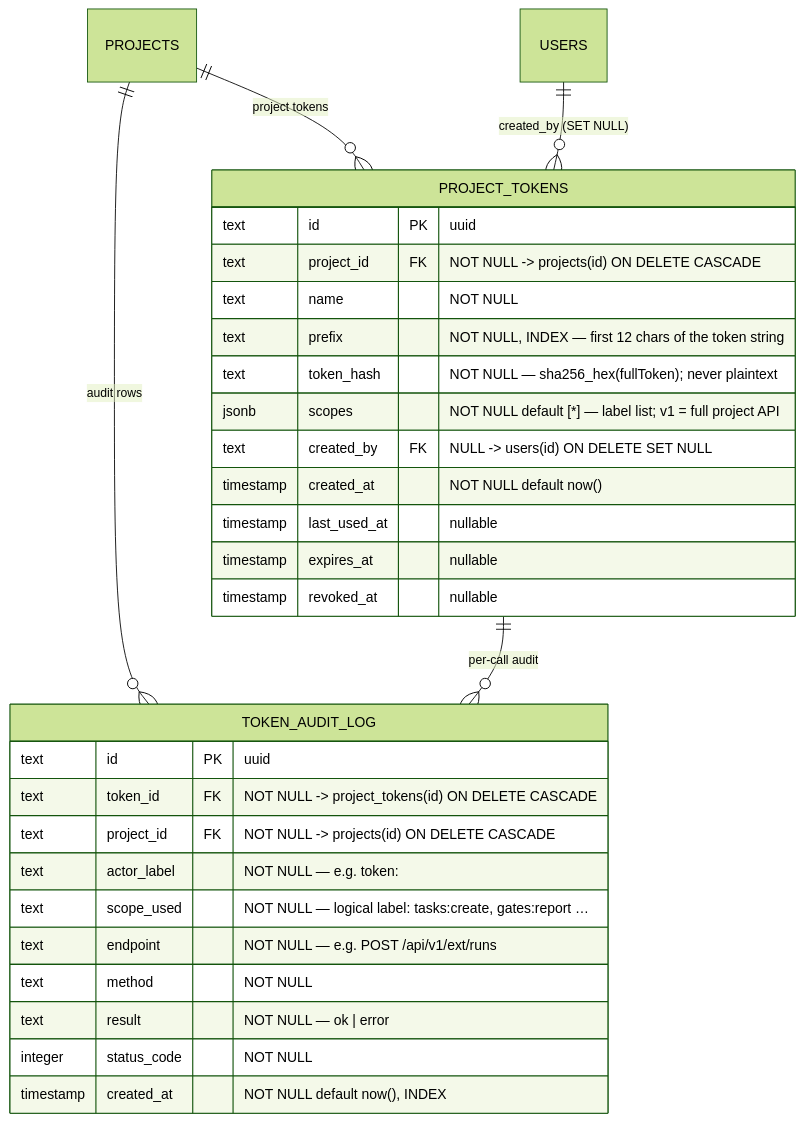
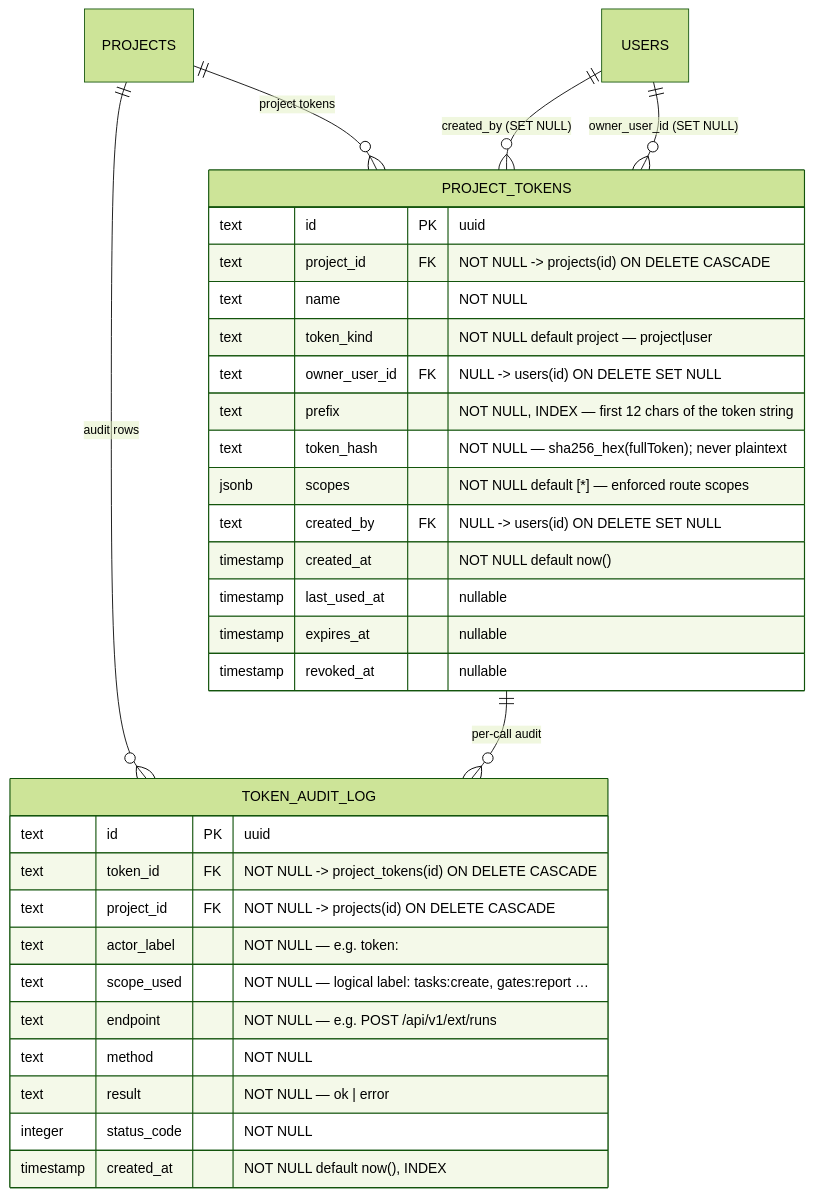
The diagram in docs/db/integrations-domain.md (maister-dev/maister), drawn with Mermaid (forest theme) before and after one commit. The commit also changed other lines of this file and 56 other files, not shown here.

First line of the commit message:
feat(tokens): add scoped user-owned project tokens

````diff
--- a/docs/db/integrations-domain.md
+++ b/docs/db/integrations-domain.md
@@ -14,34 +15,37 @@
 ```mermaid
 erDiagram
     PROJECTS ||--o{ PROJECT_TOKENS : "project tokens"
     PROJECTS ||--o{ TOKEN_AUDIT_LOG : "audit rows"
     USERS ||--o{ PROJECT_TOKENS : "created_by (SET NULL)"
+    USERS ||--o{ PROJECT_TOKENS : "owner_user_id (SET NULL)"
     PROJECT_TOKENS ||--o{ TOKEN_AUDIT_LOG : "per-call audit"
 
     PROJECT_TOKENS {
         text id PK "uuid"
         text project_id FK "NOT NULL -> projects(id) ON DELETE CASCADE"
         text name "NOT NULL"
+        text token_kind "NOT NULL default project — project|user"
+        text owner_user_id FK "NULL -> users(id) ON DELETE SET NULL"
         text prefix "NOT NULL, INDEX — first 12 chars of the token string"
         text token_hash "NOT NULL — sha256_hex(fullToken); never plaintext"
-        jsonb scopes "NOT NULL default [*] — label list; v1 = full project API"
+        jsonb scopes "NOT NULL default [*] — enforced route scopes"
         text created_by FK "NULL -> users(id) ON DELETE SET NULL"
         timestamp created_at "NOT NULL default now()"
         timestamp last_used_at "nullable"
         timestamp expires_at "nullable"
         timestamp revoked_at "nullable"
     }
 
     TOKEN_AUDIT_LOG {
         text id PK "uuid"
         text token_id FK "NOT NULL -> project_tokens(id) ON DELETE CASCADE"
         text project_id FK "NOT NULL -> projects(id) ON DELETE CASCADE"
         text actor_label "NOT NULL — e.g. token:<name>"
         text scope_used "NOT NULL — logical label: tasks:create, gates:report …"
         text endpoint "NOT NULL — e.g. POST /api/v1/ext/runs"
         text method "NOT NULL"
         text result "NOT NULL — ok | error"
         integer status_code "NOT NULL"
         timestamp created_at "NOT NULL default now(), INDEX"
     }
 ```
````
